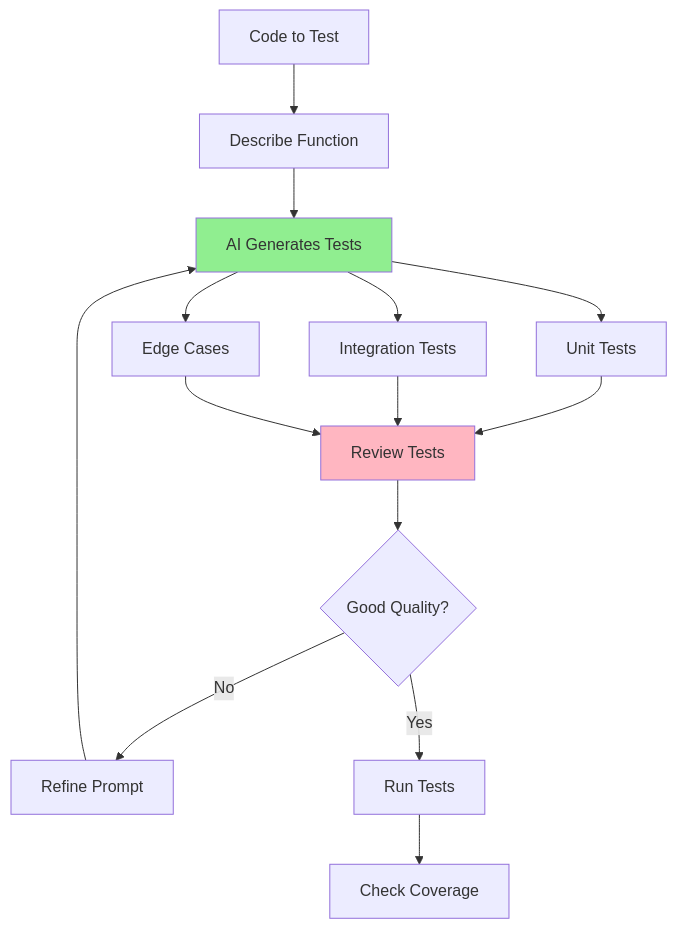
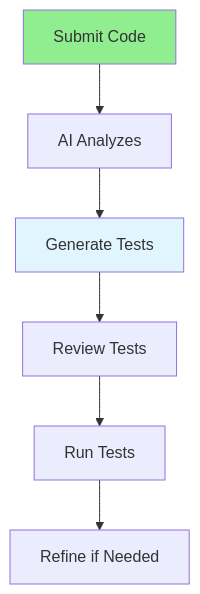
The diagram in Full-Stack-Guides/Group-05-AI-Assisted-Coding/05.11_AI_Test_Generation.md (iouthnamain/tech-note), drawn with Mermaid before and after one commit. The commit also changed other lines of this file and 480 other files, not shown here.

````diff
--- a/Full-Stack-Guides/Group-05-AI-Assisted-Coding/05.11_AI_Test_Generation.md
+++ b/Full-Stack-Guides/Group-05-AI-Assisted-Coding/05.11_AI_Test_Generation.md
@@ -22,22 +22,11 @@
 ```mermaid
 flowchart TD
-    Code[Code to Test] --> Describe[Describe Function]
-    Describe --> Generate[AI Generates Tests]
-    Generate --> Unit[Unit Tests]
-    Generate --> Integration[Integration Tests]
-    Generate --> EdgeCases[Edge Cases]
+    Code[Submit Code] --> Analyze[AI Analyzes]
+    Analyze --> Generate[Generate Tests]
+    Generate --> Review[Review Tests]
+    Review --> Run[Run Tests]
+    Run --> Refine[Refine if Needed]
     
-    Unit --> Review[Review Tests]
-    Integration --> Review
-    EdgeCases --> Review
-    
-    Review --> Quality{Good Quality?}
-    Quality -->|No| Refine[Refine Prompt]
-    Quality -->|Yes| Run[Run Tests]
-    Refine --> Generate
-    
-    Run --> Coverage[Check Coverage]
-    
-    style Generate fill:#90EE90
-    style Review fill:#FFB6C1
+    style Code fill:#90EE90
+    style Generate fill:#e1f5ff
 ```
````
